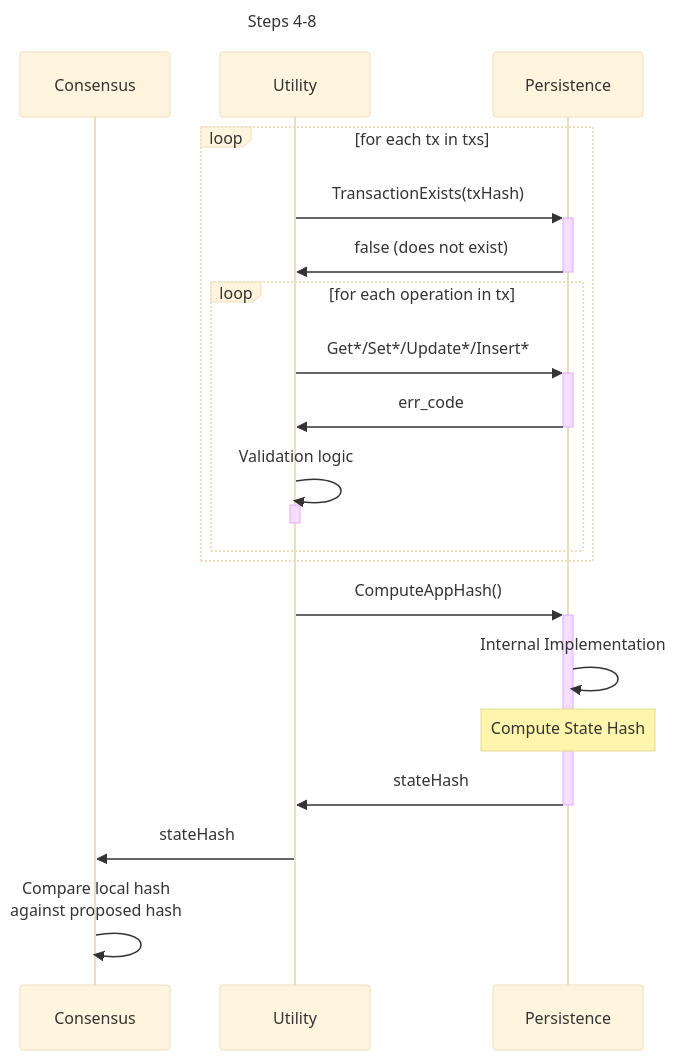
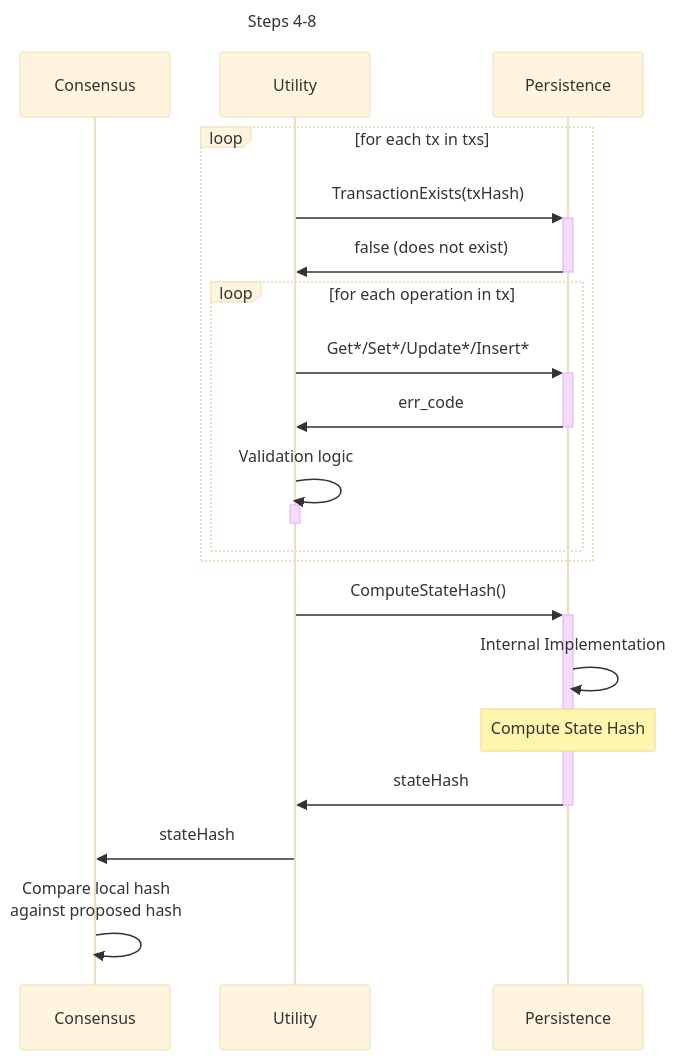
The fifth of 5 diagrams in shared/docs/PROTOCOL_STATE_HASH.md (pokt-network/pocket), drawn with Mermaid (base theme) before and after one commit. The commit also changed 23 other files, not shown here.

````diff
--- a/shared/docs/PROTOCOL_STATE_HASH.md
+++ b/shared/docs/PROTOCOL_STATE_HASH.md
@@ -154,28 +154,28 @@
 ```mermaid
 sequenceDiagram
     title Steps 4-8
     participant C as Consensus
     participant U as Utility
     participant P as Persistence
 
     loop for each tx in txs
         U->>+P: TransactionExists(txHash)
         P->>-U: false (does not exist)
         loop for each operation in tx
             U->>+P: Get*/Set*/Update*/Insert*
             P->>-U: err_code
             U->>U: Validation logic
             activate U
             deactivate U
         end
     end
     %% TODO: Consolidate AppHash and StateHash
-    U->>+P: ComputeAppHash()
+    U->>+P: ComputeStateHash()
     P->>P: Internal Implementation
     Note over P: Compute State Hash
     P->>-U: stateHash
     U->>C: stateHash
 
     %% Validate the computed hash
     C->>C: Compare local hash<br>against proposed hash
 ```
````
